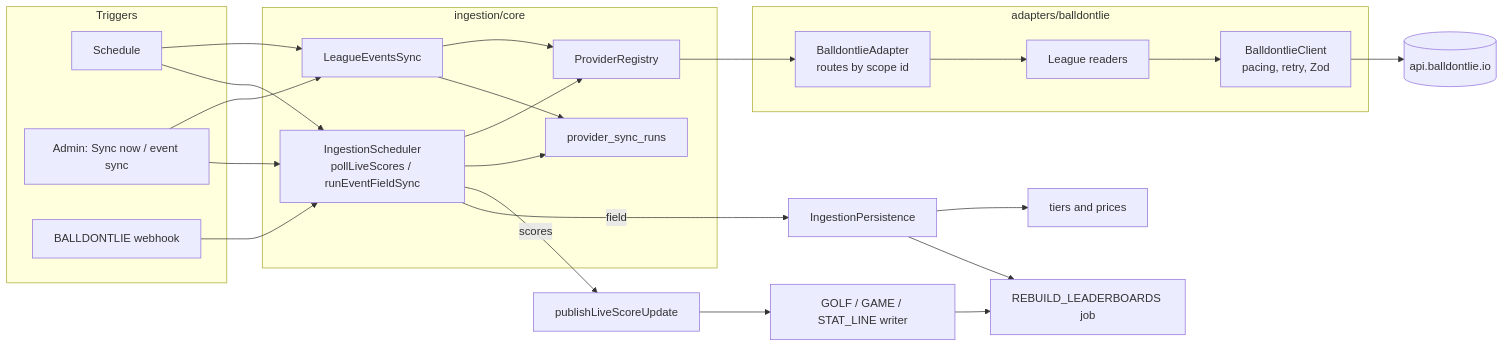
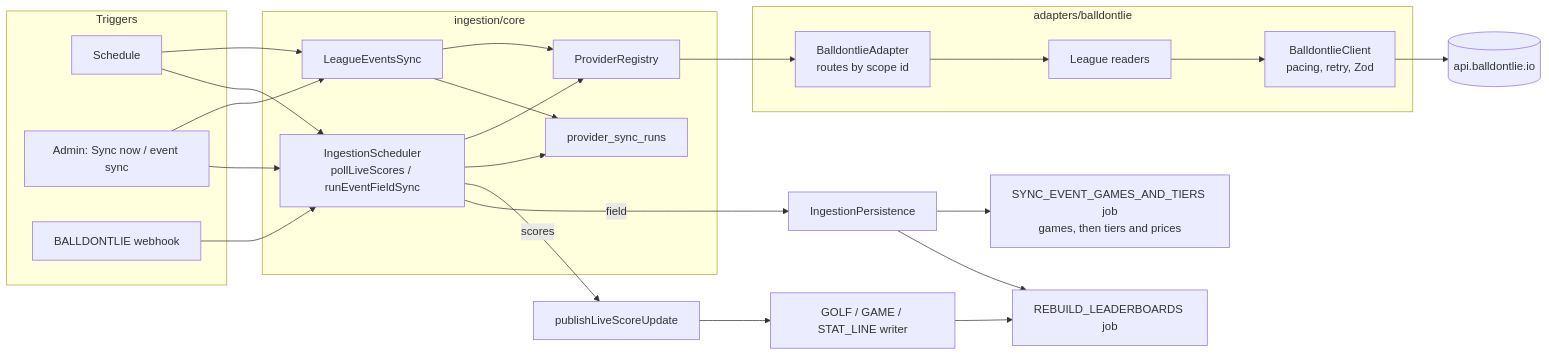
The first of 2 diagrams in docs/LIVE-SPORTS-DATA-SYNC.md (derek-dorazio/pool-master), drawn with Mermaid before and after one commit. The commit also changed other lines of this file and 22 other files, not shown here.

First line of the commit message:
A field sync's games, then tiers and prices, run as a job written with the field (R6 part 1, #1952) (#1967)

````diff
--- a/docs/LIVE-SPORTS-DATA-SYNC.md
+++ b/docs/LIVE-SPORTS-DATA-SYNC.md
@@ -29,26 +29,26 @@
 ```mermaid
 flowchart LR
   subgraph Triggers
     T1[Schedule]
     T2[Admin: Sync now / event sync]
     T3[BALLDONTLIE webhook]
   end
   subgraph Core["ingestion/core"]
     S[IngestionScheduler<br/>pollLiveScores / runEventFieldSync]
     E[LeagueEventsSync]
     R[ProviderRegistry]
     L[provider_sync_runs]
   end
   subgraph Adapter["adapters/balldontlie"]
     A[BalldontlieAdapter<br/>routes by scope id]
     RD[League readers]
     C[BalldontlieClient<br/>pacing, retry, Zod]
   end
   T1 & T2 --> E
   T1 & T2 & T3 --> S
   E & S --> R --> A --> RD --> C --> V[(api.balldontlie.io)]
   E & S --> L
   S -- scores --> P[publishLiveScoreUpdate] --> W[GOLF / GAME / STAT_LINE writer]
-  S -- field --> IP[IngestionPersistence] --> TP[tiers and prices]
+  S -- field --> IP[IngestionPersistence] --> GT[SYNC_EVENT_GAMES_AND_TIERS job<br/>games, then tiers and prices]
   W & IP --> J[REBUILD_LEADERBOARDS job]
 ```
````
